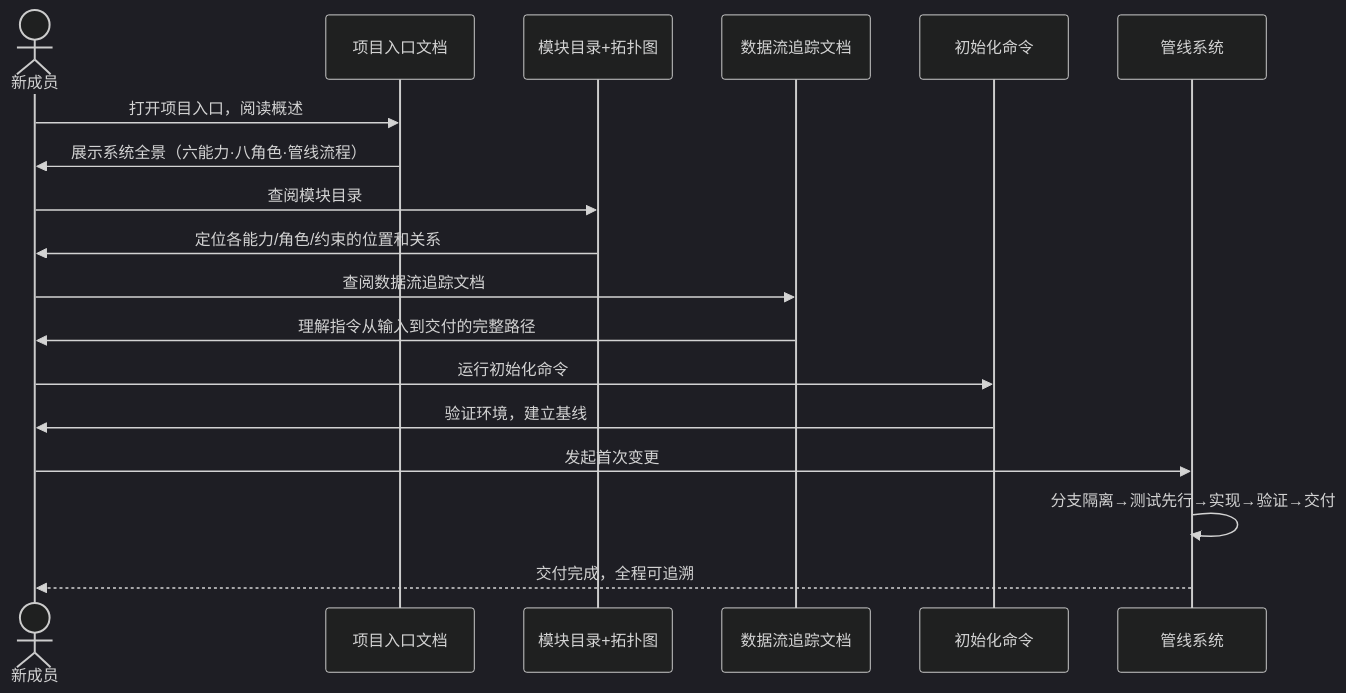
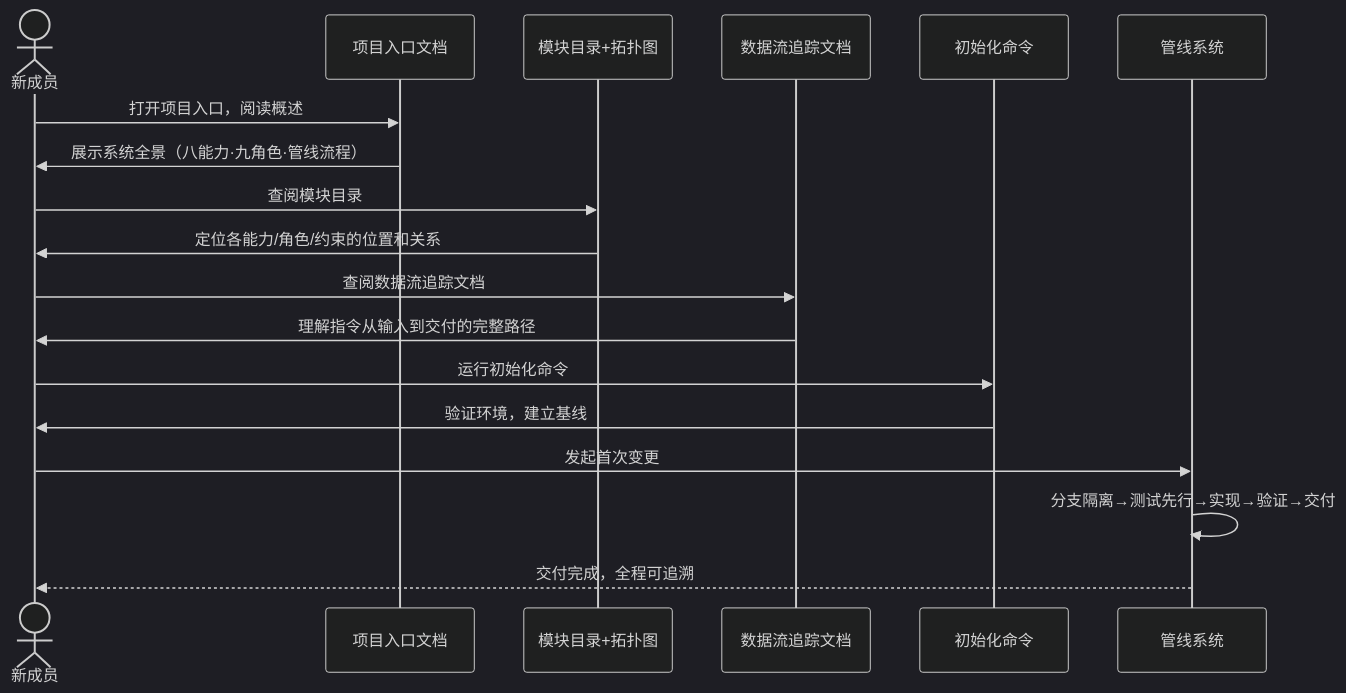
The second of 4 diagrams in cdn/yry-arch/scenes/场景-1-新人上手/index.md (effiy/YrY), drawn with Mermaid (dark theme) before and after one commit. The commit also changed other lines of this file and 1028 other files, not shown here.

````diff
--- a/cdn/yry-arch/scenes/场景-1-新人上手/index.md
+++ b/cdn/yry-arch/scenes/场景-1-新人上手/index.md
@@ -76,21 +77,21 @@
 ```mermaid
 sequenceDiagram
     actor N as 新成员
     participant O as 项目入口文档
     participant M as 模块目录+拓扑图
     participant D as 数据流追踪文档
     participant P as 初始化命令
     participant G as 管线系统
 
     N->>O: 打开项目入口，阅读概述
-    O->>N: 展示系统全景（六能力·八角色·管线流程）
+    O->>N: 展示系统全景（八能力·九角色·管线流程）
     N->>M: 查阅模块目录
     M->>N: 定位各能力/角色/约束的位置和关系
     N->>D: 查阅数据流追踪文档
     D->>N: 理解指令从输入到交付的完整路径
     N->>P: 运行初始化命令
     P->>N: 验证环境，建立基线
     N->>G: 发起首次变更
     G->>G: 分支隔离→测试先行→实现→验证→交付
     G-->>N: 交付完成，全程可追溯
 ```
````
